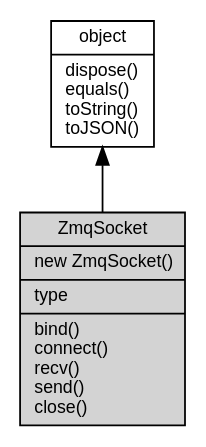
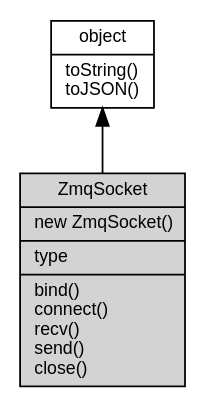
One commit to asionius/fibjs-ceph changed the diagram in docs/object/ifs/ZmqSocket.md. Above: the diagram before and after it, drawn with Graphviz. The commit also changed other lines of this file and 138 other files, not shown here.

````diff
--- a/docs/object/ifs/ZmqSocket.md
+++ b/docs/object/ifs/ZmqSocket.md
@@ -5,10 +5,10 @@
 ```dot
 digraph {
     node [fontname="Helvetica,sans-Serif", fontsize=10, shape="record", style="filled", fillcolor="white"];
 
-    object [tooltip="object", URL="object.md", label="{object|dispose()\lequals()\ltoString()\ltoJSON()\l}"];
-    ZmqSocket [tooltip="ZmqSocket", fillcolor="lightgray", label="{ZmqSocket|new ZmqSocket()\l|type\l|bind()\lconnect()\lrecv()\lsend()\lclose()\l}"];
+    object [tooltip="object", URL="object.md", label="{object|toString()\ltoJSON()\l}"];
+    ZmqSocket [tooltip="ZmqSocket", fillcolor="lightgray", id="me", label="{ZmqSocket|new ZmqSocket()\l|type\l|bind()\lconnect()\lrecv()\lsend()\lclose()\l}"];
 
     object -> ZmqSocket [dir=back];
 }
 ```
````
